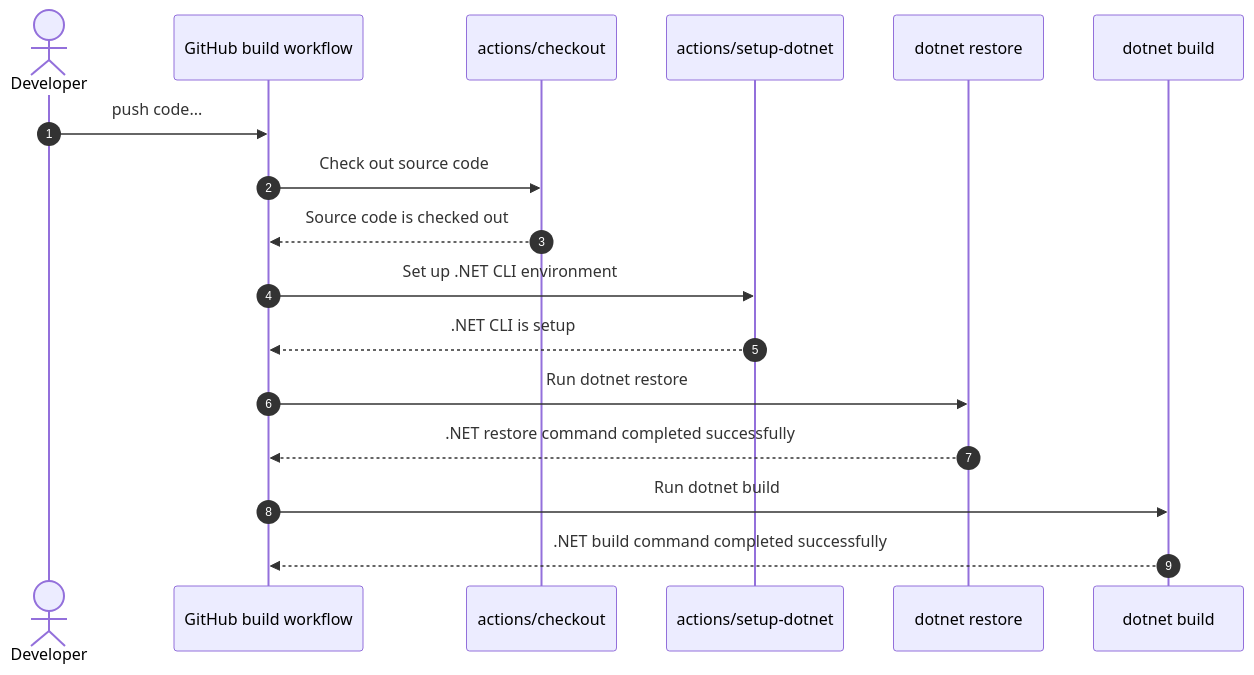
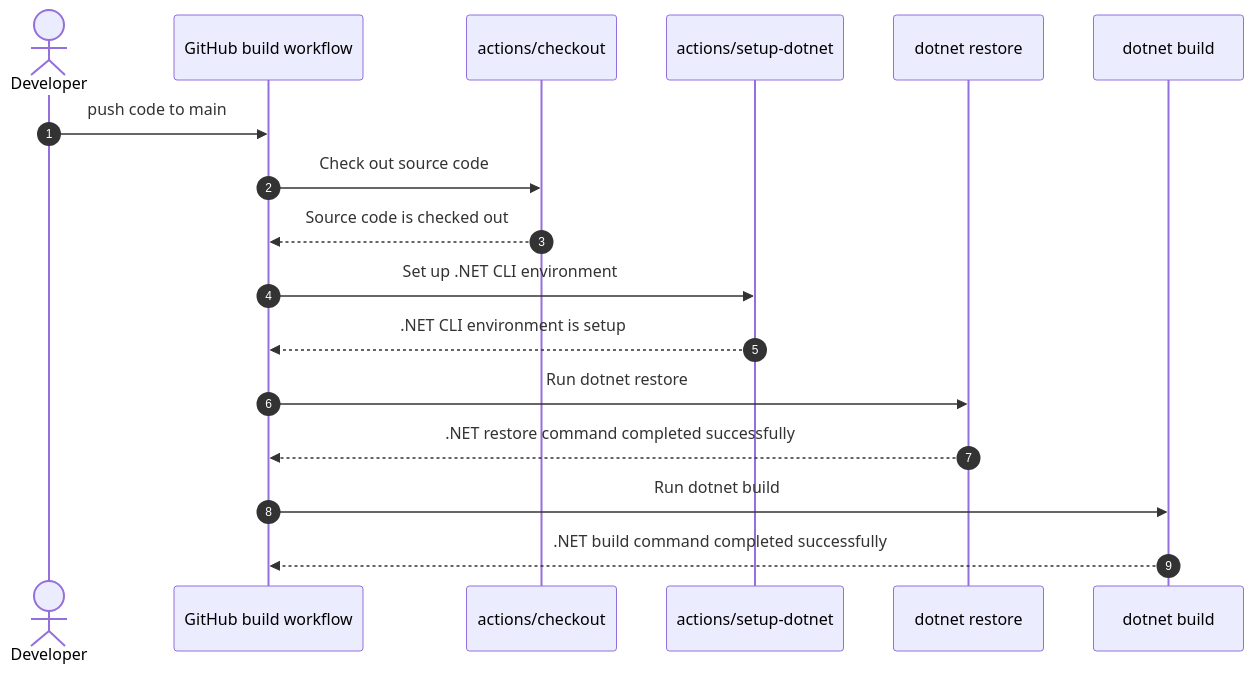
Before and after one commit to IEvangelist/actions-demo: the diagram in README.md, drawn with Mermaid.

````diff
--- a/README.md
+++ b/README.md
@@ -15,14 +15,14 @@
 ```mermaid
 sequenceDiagram
     autonumber
     actor Developer
-    Developer->>GitHub build workflow: push code...
+    Developer->>GitHub build workflow: push code to main
     GitHub build workflow->>actions/checkout: Check out source code
     actions/checkout-->>GitHub build workflow: Source code is checked out
     GitHub build workflow->>actions/setup-dotnet: Set up .NET CLI environment
-    actions/setup-dotnet-->>GitHub build workflow: .NET CLI is setup
+    actions/setup-dotnet-->>GitHub build workflow: .NET CLI environment is setup
     GitHub build workflow->>dotnet restore: Run dotnet restore
     dotnet restore-->>GitHub build workflow: .NET restore command completed successfully
     GitHub build workflow->>dotnet build: Run dotnet build
     dotnet build-->>GitHub build workflow: .NET build command completed successfully
 ```
````
